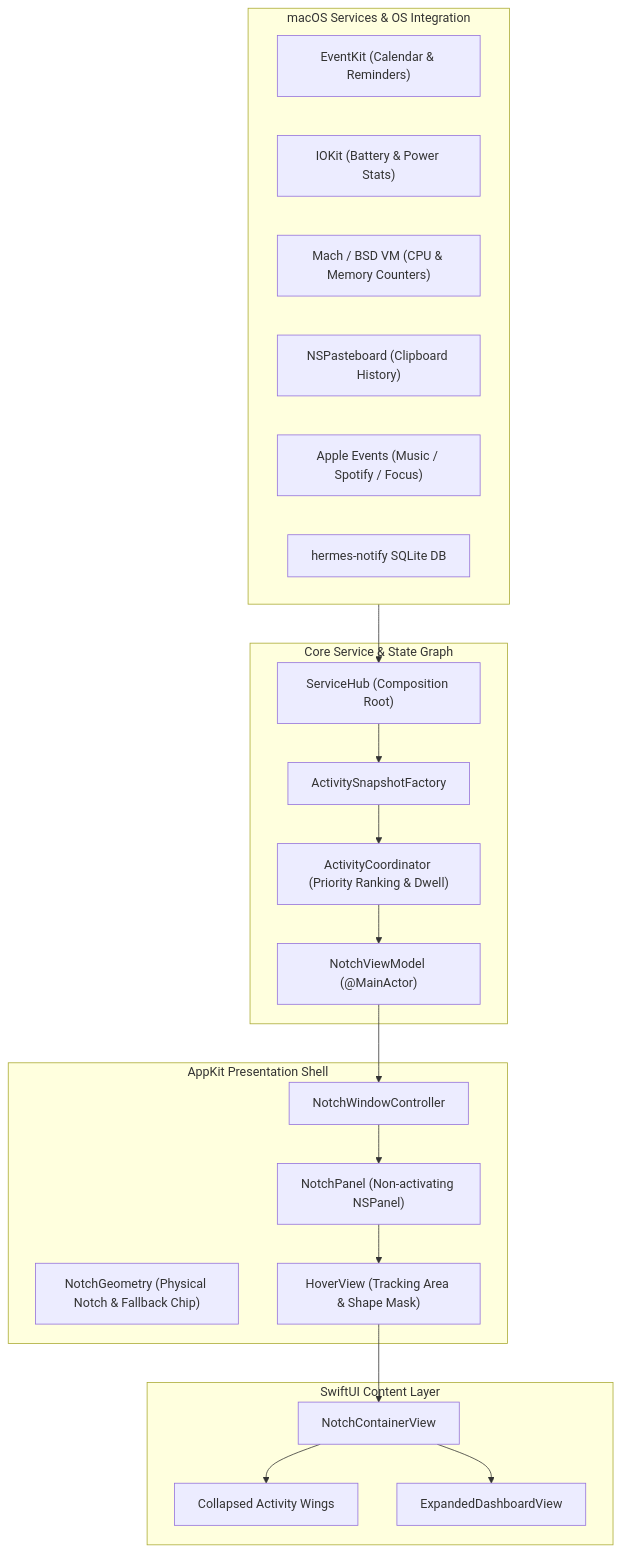
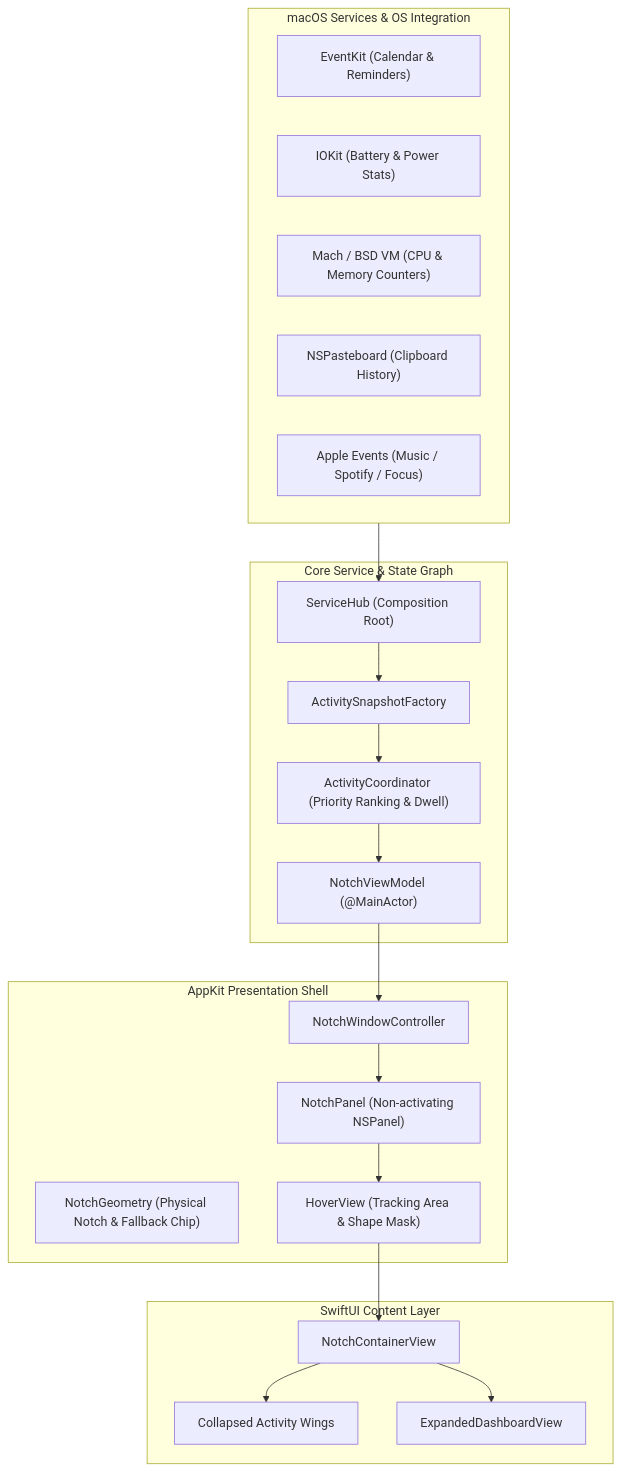
The first of 4 diagrams in README.md (Srimi1/Notch-hub), drawn with Mermaid before and after one commit. The commit also changed other lines of this file and 3 other files, not shown here.

````diff
--- a/README.md
+++ b/README.md
@@ -40,42 +40,41 @@
 ```mermaid
 flowchart TB
     subgraph macOS ["macOS Services & OS Integration"]
         EventKit["EventKit (Calendar & Reminders)"]
         IOKit["IOKit (Battery & Power Stats)"]
         MachBSD["Mach / BSD VM (CPU & Memory Counters)"]
         Pasteboard["NSPasteboard (Clipboard History)"]
         AppleEvents["Apple Events (Music / Spotify / Focus)"]
-        Hermes["hermes-notify SQLite DB"]
     end
 
     subgraph Core ["Core Service & State Graph"]
         Hub["ServiceHub (Composition Root)"]
         Factory["ActivitySnapshotFactory"]
         Coord["ActivityCoordinator (Priority Ranking & Dwell)"]
         VM["NotchViewModel (@MainActor)"]
     end
 
     subgraph Windowing ["AppKit Presentation Shell"]
         NWC["NotchWindowController"]
         Geom["NotchGeometry (Physical Notch & Fallback Chip)"]
         Panel["NotchPanel (Non-activating NSPanel)"]
         Hover["HoverView (Tracking Area & Shape Mask)"]
     end
 
     subgraph UI ["SwiftUI Content Layer"]
         Container["NotchContainerView"]
         Collapsed["Collapsed Activity Wings"]
         Expanded["ExpandedDashboardView"]
     end
 
     macOS --> Hub
     Hub --> Factory
     Factory --> Coord
     Coord --> VM
     VM --> NWC
     NWC --> Panel
     Panel --> Hover
     Hover --> Container
     Container --> Collapsed
     Container --> Expanded
 ```
````
